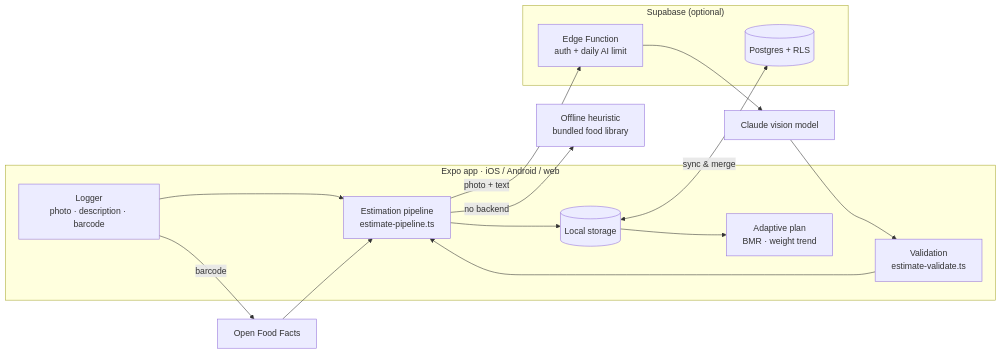
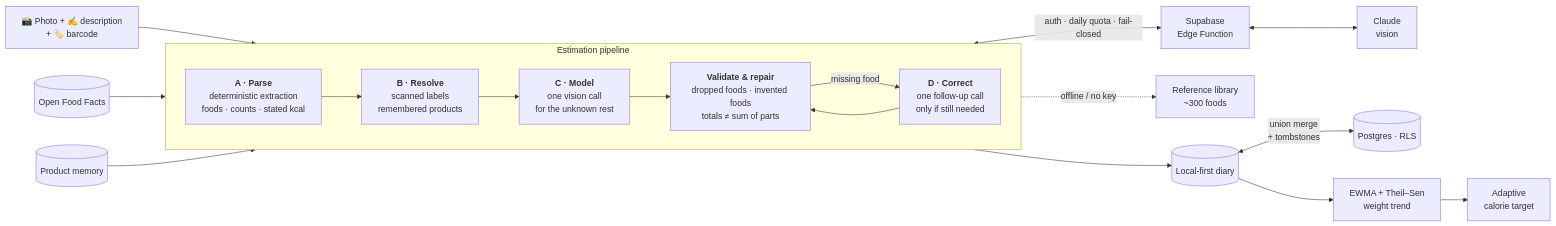
One commit to gabercmatej/AI-calorie-tracker-app changed the diagram in README.md. Above: the diagram before and after it, drawn with Mermaid. The commit also changed other lines of this file, not shown here.

Commit message:
docs: deeper How it works, remove the retired web demo

````diff
--- a/README.md
+++ b/README.md
@@ -56,24 +45,24 @@
 ```mermaid
 flowchart LR
-  subgraph Client["Expo app · iOS / Android / web"]
-    UI["Logger<br/>photo · description · barcode"]
-    PIPE["Estimation pipeline<br/>estimate-pipeline.ts"]
-    VAL["Validation<br/>estimate-validate.ts"]
-    PLAN["Adaptive plan<br/>BMR · weight trend"]
-    STORE[("Local storage")]
+  IN["📸 Photo + ✍️ description<br/>+ 🏷️ barcode"] --> A
+
+  subgraph PIPE["Estimation pipeline"]
+    direction LR
+    A["<b>A · Parse</b><br/>deterministic extraction<br/>foods · counts · stated kcal"]
+    B["<b>B · Resolve</b><br/>scanned labels<br/>remembered products"]
+    C["<b>C · Model</b><br/>one vision call<br/>for the unknown rest"]
+    V["<b>Validate & repair</b><br/>dropped foods · invented foods<br/>totals ≠ sum of parts"]
+    D["<b>D · Correct</b><br/>one follow-up call<br/>only if still needed"]
+    A --> B --> C --> V
+    V -- "missing food" --> D --> V
   end
-  subgraph Cloud["Supabase (optional)"]
-    EDGE["Edge Function<br/>auth + daily AI limit"]
-    DB[("Postgres + RLS")]
-  end
-  OFF["Open Food Facts"]
-  LLM["Claude vision model"]
 
-  UI --> PIPE
-  UI -- "barcode" --> OFF --> PIPE
-  PIPE -- "photo + text" --> EDGE --> LLM
-  LLM --> VAL --> PIPE
-  PIPE -- "no backend" --> HEUR["Offline heuristic<br/>bundled food library"]
-  PIPE --> STORE --> PLAN
-  STORE <-- "sync & merge" --> DB
+  OFF[("Open Food Facts")] --> B
+  MEM[("Product memory")] --> B
+  C <-->|"auth · daily quota · fail-closed"| EDGE["Supabase<br/>Edge Function"] <--> LLM["Claude<br/>vision"]
+  C -. "offline / no key" .-> LIB["Reference library<br/>~300 foods"]
+
+  V --> DIARY[("Local-first diary")]
+  DIARY <-->|"union merge<br/>+ tombstones"| CLOUD[("Postgres · RLS")]
+  DIARY --> TREND["EWMA + Theil–Sen<br/>weight trend"] --> PLAN["Adaptive<br/>calorie target"]
 ```
````
